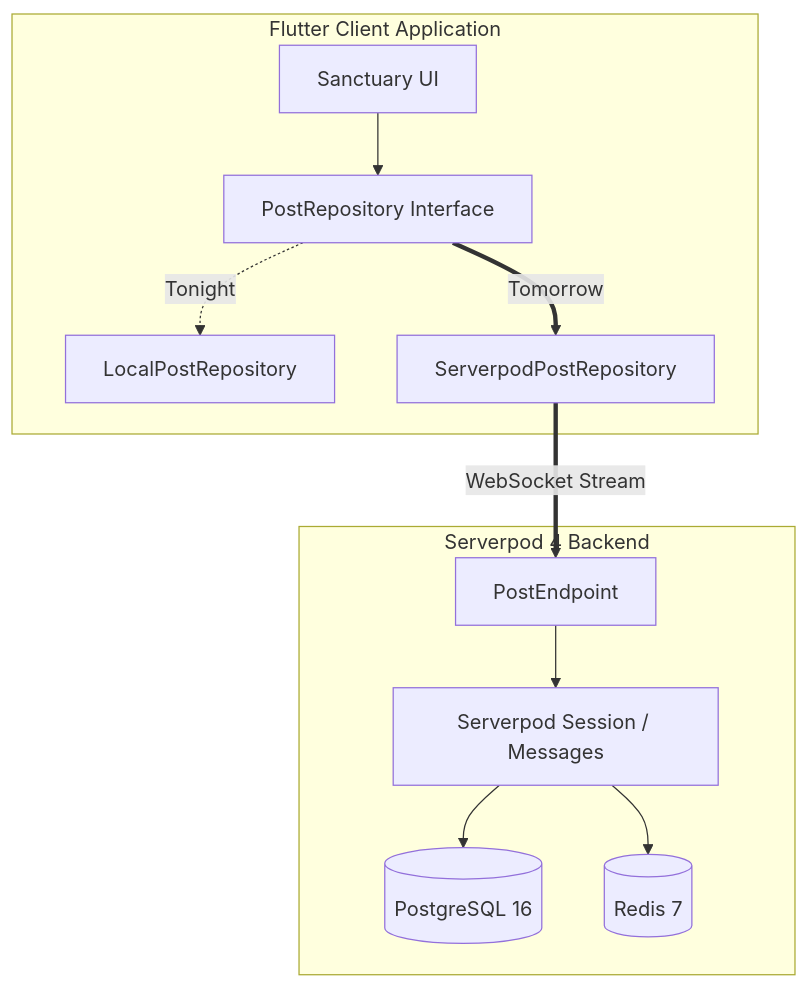
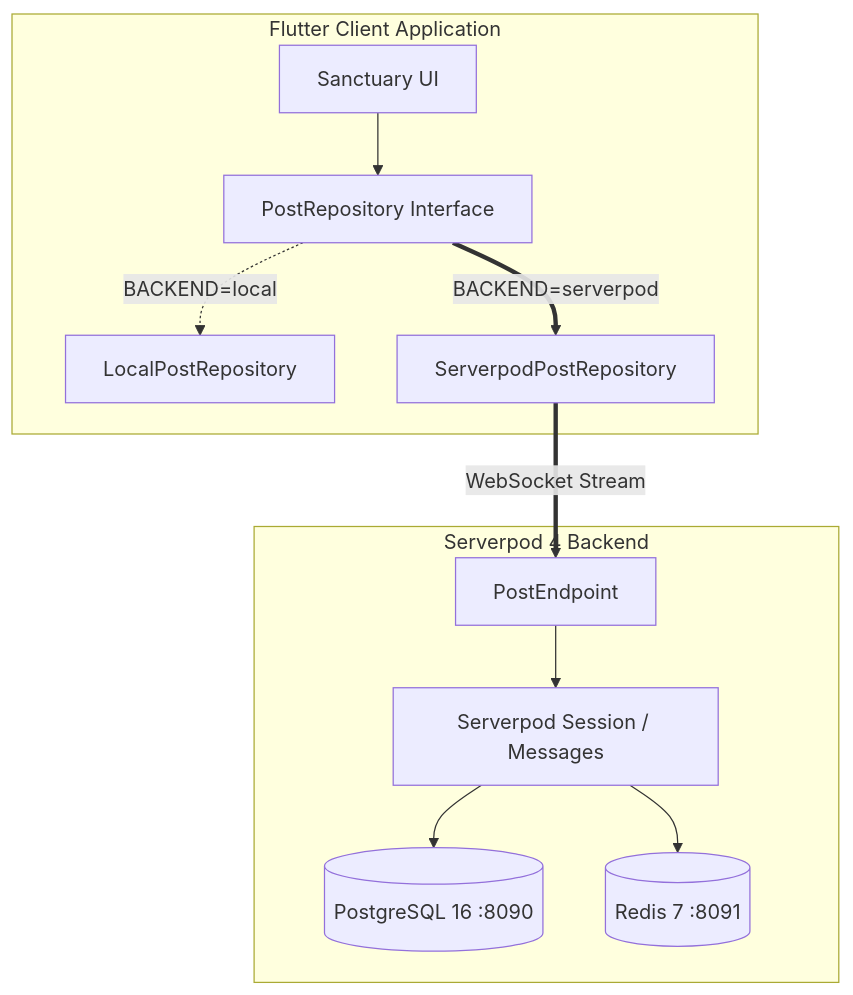
One commit to neiljaywarner/refuge changed the diagram in 13_oct_2026_1123pm_oneshot.md. Above: the diagram before and after it, drawn with Mermaid. The commit also changed other lines of this file and 5 other files, not shown here.

Commit message:
feat(#6): add backend factory, repository tests, and calibrated hackathon readiness matrix (#7)

````diff
--- a/13_oct_2026_1123pm_oneshot.md
+++ b/13_oct_2026_1123pm_oneshot.md
@@ -112,15 +135,15 @@
 ```mermaid
 graph TD
     subgraph Client Layer [Flutter Client Application]
         UI[Sanctuary UI] --> Repo[PostRepository Interface]
-        Repo -.->|Tonight| Local[LocalPostRepository]
-        Repo ==>|Tomorrow| SrvRepo[ServerpodPostRepository]
+        Repo -.->|BACKEND=local| Local[LocalPostRepository]
+        Repo ==>|BACKEND=serverpod| SrvRepo[ServerpodPostRepository]
     end
 
     subgraph Serverpod Layer [Serverpod 4 Backend]
         SrvRepo ==>|WebSocket Stream| EP[PostEndpoint]
         EP --> Session[Serverpod Session / Messages]
-        Session --> DB[(PostgreSQL 16)]
-        Session --> Cache[(Redis 7)]
+        Session --> DB[(PostgreSQL 16 :8090)]
+        Session --> Cache[(Redis 7 :8091)]
     end
 ```
````
